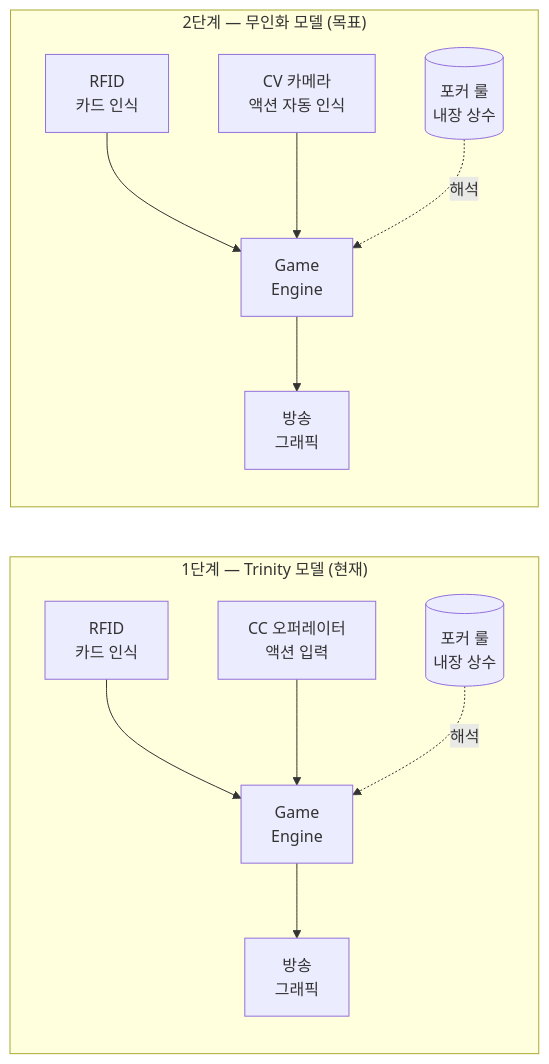
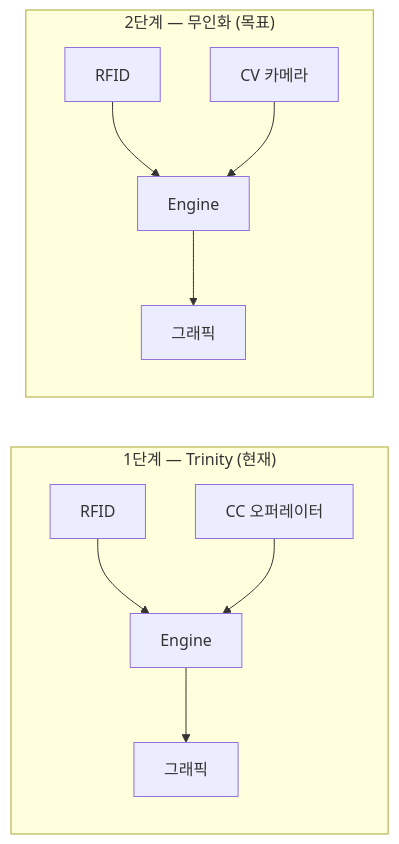
The fourth of 18 diagrams in docs/1. Product/Foundation.md (garimto81/ebs_github), drawn with Mermaid before and after one commit. The commit also changed other lines of this file and 2 other files, not shown here.

Commit message:
docs(foundation): v4.0 Graphic Novel Edition 본문 교체 (Foundation_redesign 통합)

````diff
--- a/docs/1. Product/Foundation.md
+++ b/docs/1. Product/Foundation.md
@@ -338,15 +189,11 @@
 ```mermaid
 flowchart LR
-    subgraph S1["1단계 — Trinity 모델 (현재)"]
-        A1[RFID<br/>카드 인식] --> E1[Game<br/>Engine]
-        B1[CC 오퍼레이터<br/>액션 입력] --> E1
-        C1[(포커 룰<br/>내장 상수)] -.해석.-> E1
-        E1 --> O1[방송<br/>그래픽]
+    subgraph S1["1단계 — Trinity (현재)"]
+        A1[RFID] --> E1[Engine] --> O1[그래픽]
+        B1[CC 오퍼레이터] --> E1
     end
-    subgraph S2["2단계 — 무인화 모델 (목표)"]
-        A2[RFID<br/>카드 인식] --> E2[Game<br/>Engine]
-        B2["CV 카메라<br/>액션 자동 인식"] --> E2
-        C2[(포커 룰<br/>내장 상수)] -.해석.-> E2
-        E2 --> O2[방송<br/>그래픽]
+    subgraph S2["2단계 — 무인화 (목표)"]
+        A2[RFID] --> E2[Engine] --> O2[그래픽]
+        B2[CV 카메라] --> E2
     end
 ```
````
